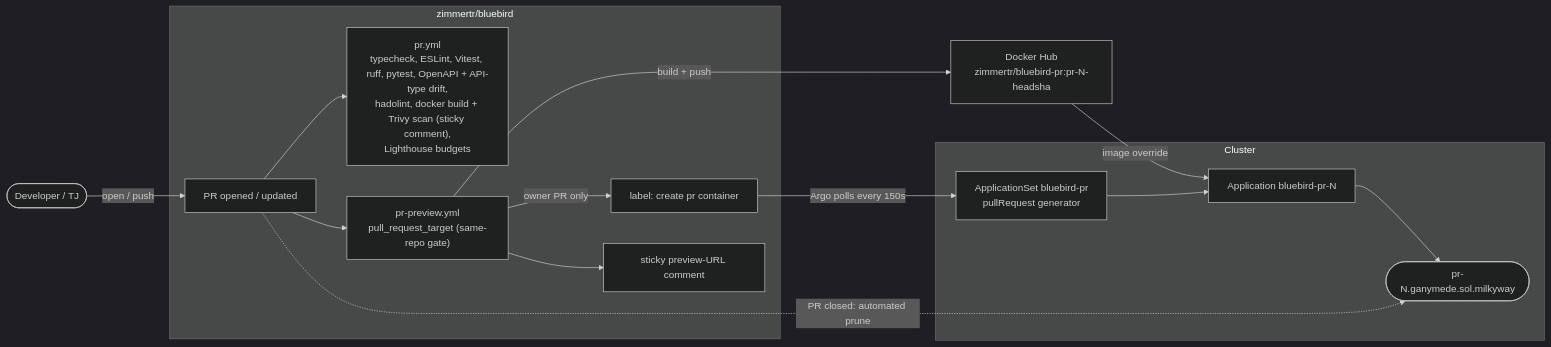
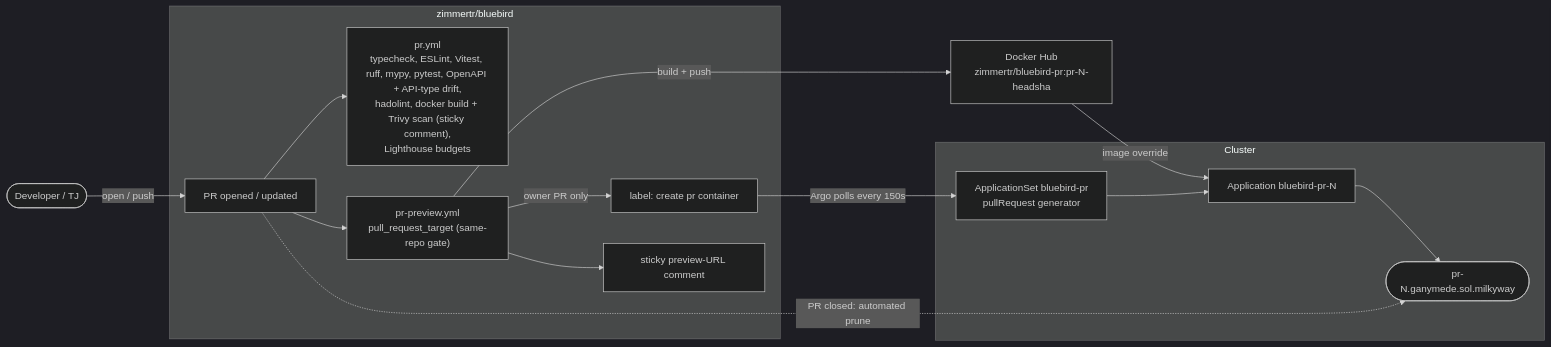
One commit to zimmertr/bluebird changed the fourth of 6 diagrams in docs/CICD.md. Above: the diagram before and after it, drawn with Mermaid (dark theme). The commit also changed 14 other files, not shown here.

````diff
--- a/docs/CICD.md
+++ b/docs/CICD.md
@@ -668,32 +668,32 @@
 ```mermaid
 flowchart LR
     dev(["Developer / TJ"])
 
     subgraph BB["zimmertr/bluebird"]
         pr["PR opened / updated"]
-        checks["pr.yml<br/>typecheck, ESLint, Vitest, ruff, pytest, OpenAPI + API-type drift,<br/>hadolint, docker build + Trivy scan (sticky comment),<br/>Lighthouse budgets"]
+        checks["pr.yml<br/>typecheck, ESLint, Vitest, ruff, mypy, pytest, OpenAPI + API-type drift,<br/>hadolint, docker build + Trivy scan (sticky comment),<br/>Lighthouse budgets"]
         preview["pr-preview.yml<br/>pull_request_target (same-repo gate)"]
         label["label: create pr container"]
         comment["sticky preview-URL comment"]
     end
 
     dhpr["Docker Hub<br/>zimmertr/bluebird-pr:pr-N-headsha"]
 
     subgraph CL["Cluster"]
         appset["ApplicationSet bluebird-pr<br/>pullRequest generator"]
         app["Application bluebird-pr-N"]
         env(["pr-N.ganymede.sol.milkyway"])
     end
 
     dev -->|open / push| pr
     pr --> checks
     pr --> preview
     preview -->|build + push| dhpr
     preview -->|owner PR only| label
     preview --> comment
     label -->|Argo polls every 150s| appset
     appset --> app
     dhpr -->|image override| app
     app --> env
     pr -.->|PR closed: automated prune| env
 ```
````
